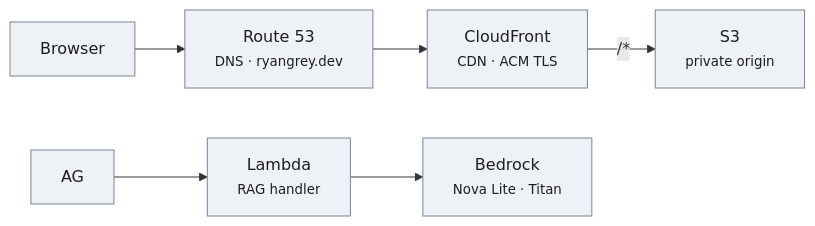
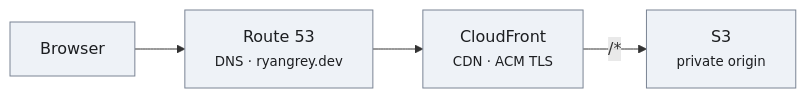
The first of 4 diagrams in README.md (ryan-grey/ryangrey.dev), drawn with Mermaid before and after one commit. The commit also changed other lines of this file and 1 other file, not shown here.

````diff
--- a/README.md
+++ b/README.md
@@ -31,16 +33,11 @@
 ```mermaid
 flowchart LR
     U["Browser"] --> R53["Route 53<br/><small>DNS · ryangrey.dev</small>"]
     R53 --> CF["CloudFront<br/><small>CDN · ACM TLS</small>"]
     CF -->|"/*"| S3["S3<br/><small>private origin</small>"]
-    AG --> L["Lambda<br/><small>RAG handler</small>"]
-    L --> BR["Bedrock<br/><small>Nova Lite · Titan</small>"]
 
     style U fill:#eef2f7,stroke:#7a8494,color:#1c1e21
     style R53 fill:#eef2f7,stroke:#7a8494,color:#1c1e21
     style CF fill:#eef2f7,stroke:#7a8494,color:#1c1e21
     style S3 fill:#eef2f7,stroke:#7a8494,color:#1c1e21
-    style AG fill:#eef2f7,stroke:#7a8494,color:#1c1e21
-    style L fill:#eef2f7,stroke:#7a8494,color:#1c1e21
-    style BR fill:#eef2f7,stroke:#7a8494,color:#1c1e21
 ```
````
